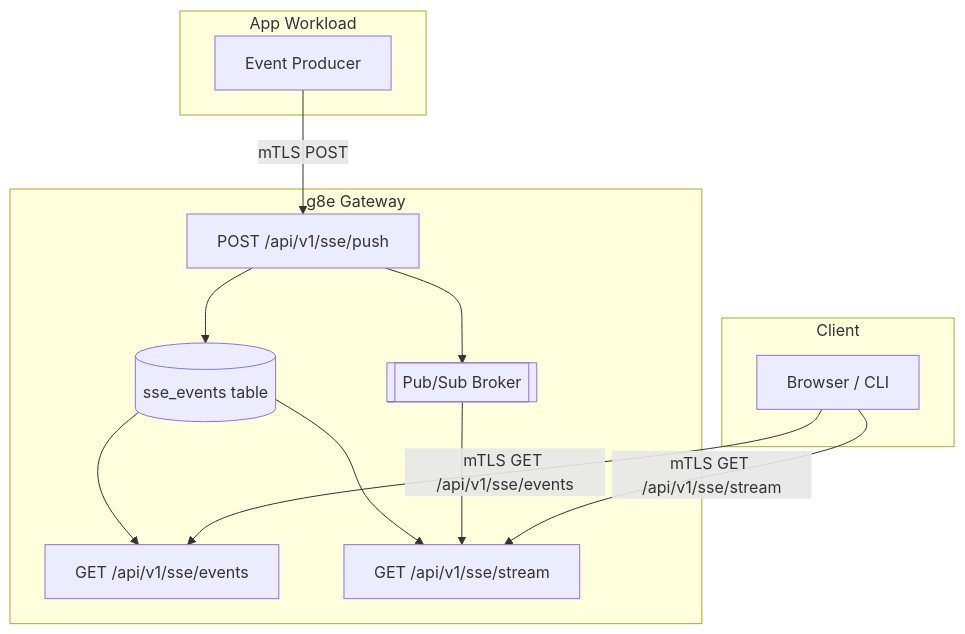
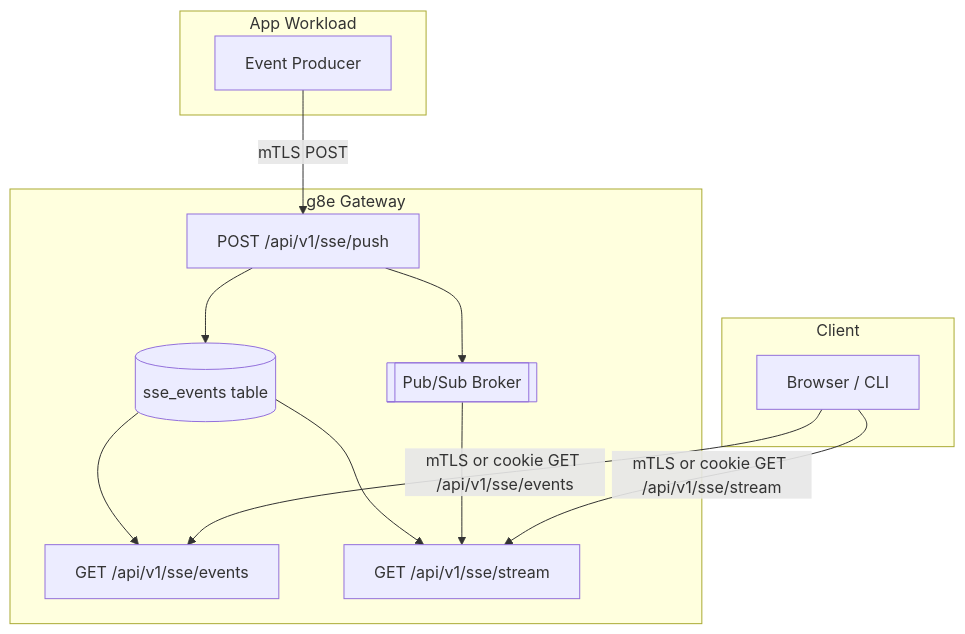
The diagram in docs/architecture/sse.md (g8e-ai/g8e), drawn with Mermaid before and after one commit. The commit also changed other lines of this file and 157 other files, not shown here.

````diff
--- a/docs/architecture/sse.md
+++ b/docs/architecture/sse.md
@@ -31,27 +31,27 @@
 ```mermaid
 flowchart TD
     subgraph App ["App Workload"]
         producer["Event Producer"]
     end
 
     subgraph Gateway ["g8e Gateway"]
         push["POST /api/v1/sse/push"]
         db[("sse_events table")]
         events["GET /api/v1/sse/events"]
         stream["GET /api/v1/sse/stream"]
         pubsub[["Pub/Sub Broker"]]
     end
 
     subgraph Client ["Client"]
         browser["Browser / CLI"]
     end
 
     producer -- "mTLS POST" --> push
     push --> db
     push --> pubsub
     db --> events
     db --> stream
     pubsub --> stream
-    browser -- "mTLS GET /api/v1/sse/stream" --> stream
-    browser -- "mTLS GET /api/v1/sse/events" --> events
+    browser -- "mTLS or cookie GET /api/v1/sse/stream" --> stream
+    browser -- "mTLS or cookie GET /api/v1/sse/events" --> events
 ```
````
